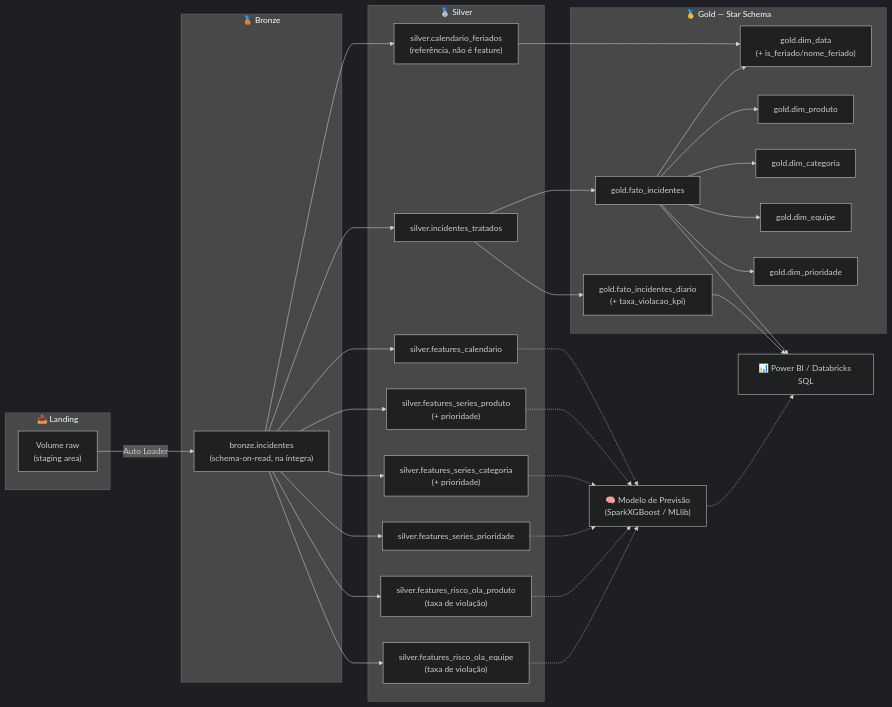
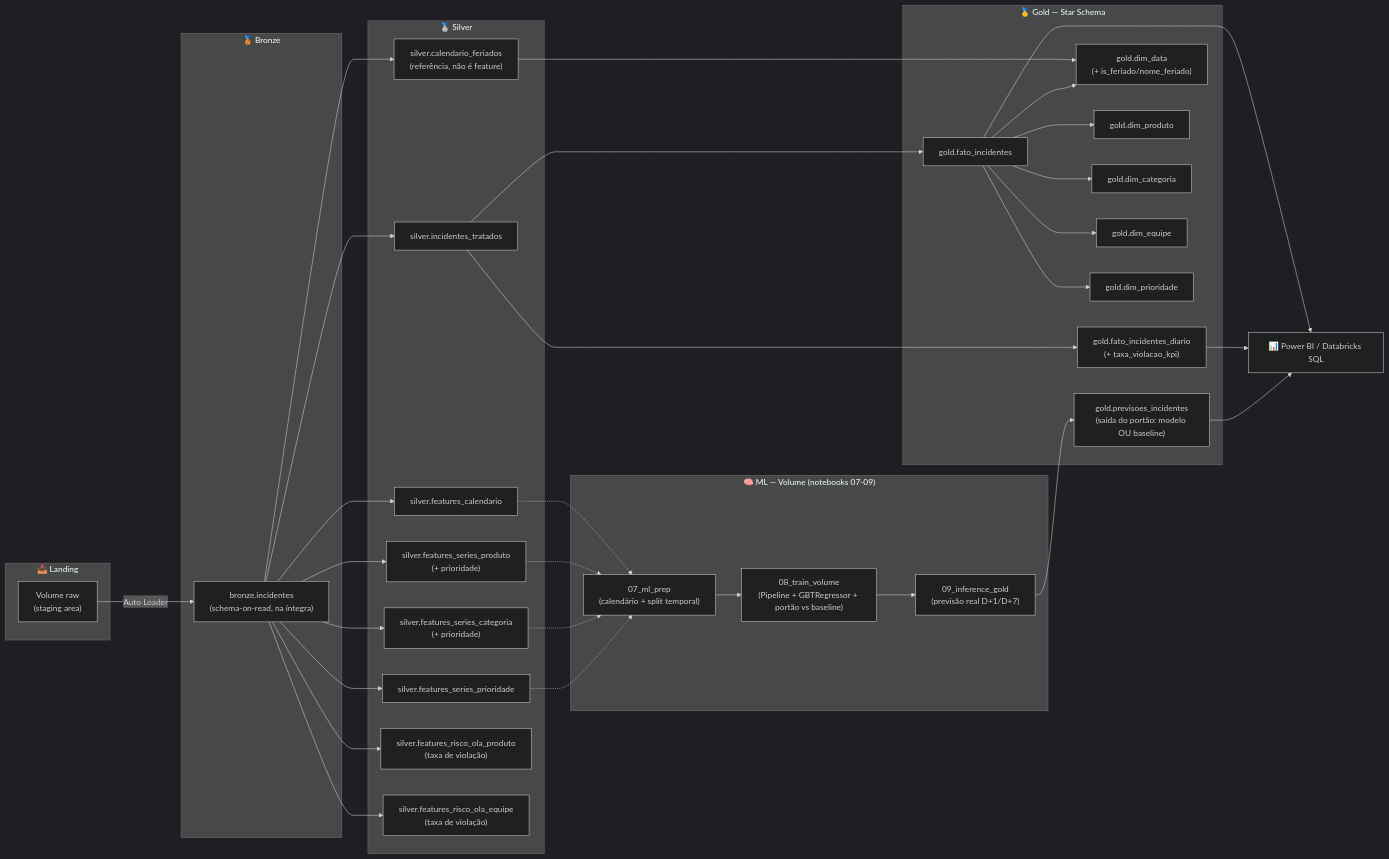
Before and after one commit to carlosclaudinolima/antecipeai: the diagram in README.md, drawn with Mermaid (dark theme). The commit also changed other lines of this file, not shown here.

````diff
--- a/README.md
+++ b/README.md
@@ -56,57 +56,63 @@
 ```mermaid
 flowchart LR
     subgraph Landing["📥 Landing"]
         V["Volume raw<br/>(staging area)"]
     end
 
     subgraph Bronze["🥉 Bronze"]
         B["bronze.incidentes<br/>(schema-on-read, na íntegra)"]
     end
 
     subgraph Silver["🥈 Silver"]
         S1["silver.incidentes_tratados"]
         S2["silver.calendario_feriados<br/>(referência, não é feature)"]
         S3["silver.features_calendario"]
         S4["silver.features_series_produto<br/>(+ prioridade)"]
         S5["silver.features_series_categoria<br/>(+ prioridade)"]
         S6["silver.features_series_prioridade"]
         S7["silver.features_risco_ola_produto<br/>(taxa de violação)"]
         S8["silver.features_risco_ola_equipe<br/>(taxa de violação)"]
     end
 
+    subgraph ML["🧠 ML — Volume (notebooks 07-09)"]
+        M1["07_ml_prep<br/>(calendário + split temporal)"]
+        M2["08_train_volume<br/>(Pipeline + GBTRegressor + portão vs baseline)"]
+        M3["09_inference_gold<br/>(previsão real D+1/D+7)"]
+    end
+
     subgraph Gold["🥇 Gold — Star Schema"]
         F["gold.fato_incidentes"]
         FA["gold.fato_incidentes_diario<br/>(+ taxa_violacao_kpi)"]
         D1["gold.dim_data<br/>(+ is_feriado/nome_feriado)"]
         D2["gold.dim_produto"]
         D3["gold.dim_categoria"]
         D4["gold.dim_equipe"]
         D5["gold.dim_prioridade"]
+        GP["gold.previsoes_incidentes<br/>(saída do portão: modelo OU baseline)"]
     end
 
-    ML["🧠 Modelo de Previsão<br/>(SparkXGBoost / MLlib)"]
     BI["📊 Power BI / Databricks SQL"]
 
     V -->|Auto Loader| B
     B --> S1
     B --> S2
     B --> S3
     B --> S4
     B --> S5
     B --> S6
     B --> S7
     B --> S8
     S1 --> F
     S1 --> FA
     S2 --> D1
-    S3 -.-> ML
-    S4 -.-> ML
-    S5 -.-> ML
-    S6 -.-> ML
-    S7 -.-> ML
-    S8 -.-> ML
+    S3 -.-> M1
+    S4 -.-> M1
+    S5 -.-> M1
+    S6 -.-> M1
+    M1 --> M2 --> M3
+    M3 --> GP
     F --> D1 & D2 & D3 & D4 & D5
     F --> BI
     FA --> BI
-    ML -.-> BI
+    GP --> BI
 ```
````
